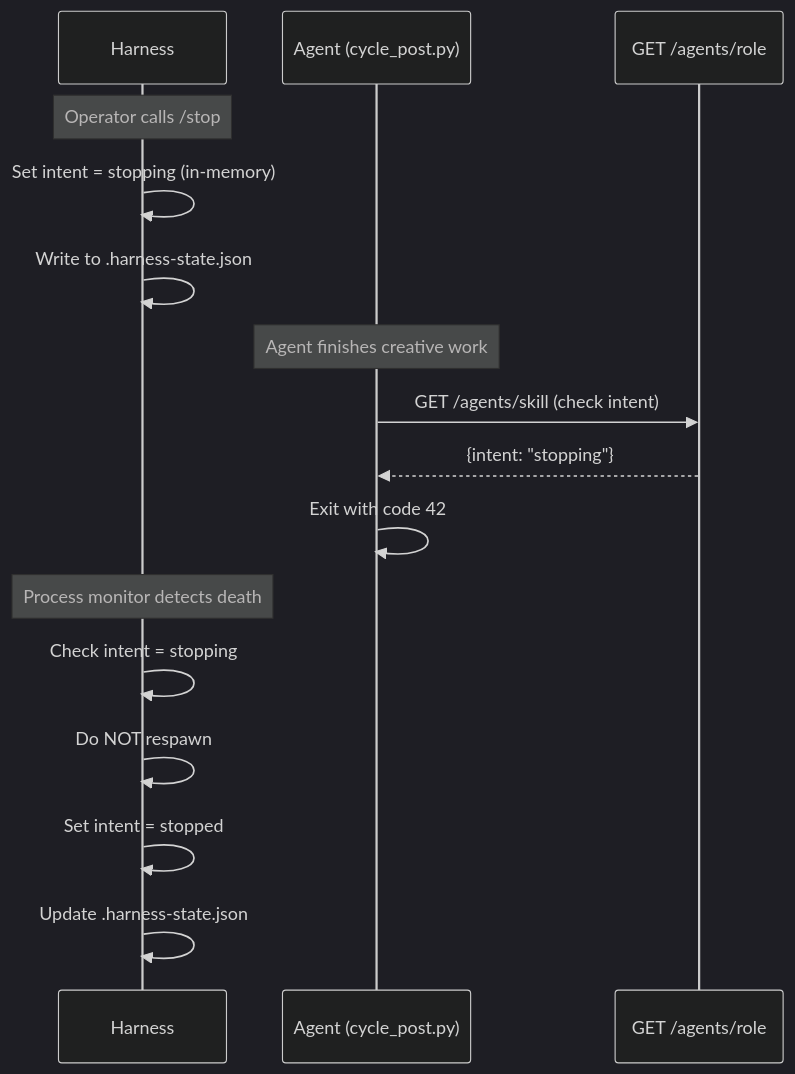
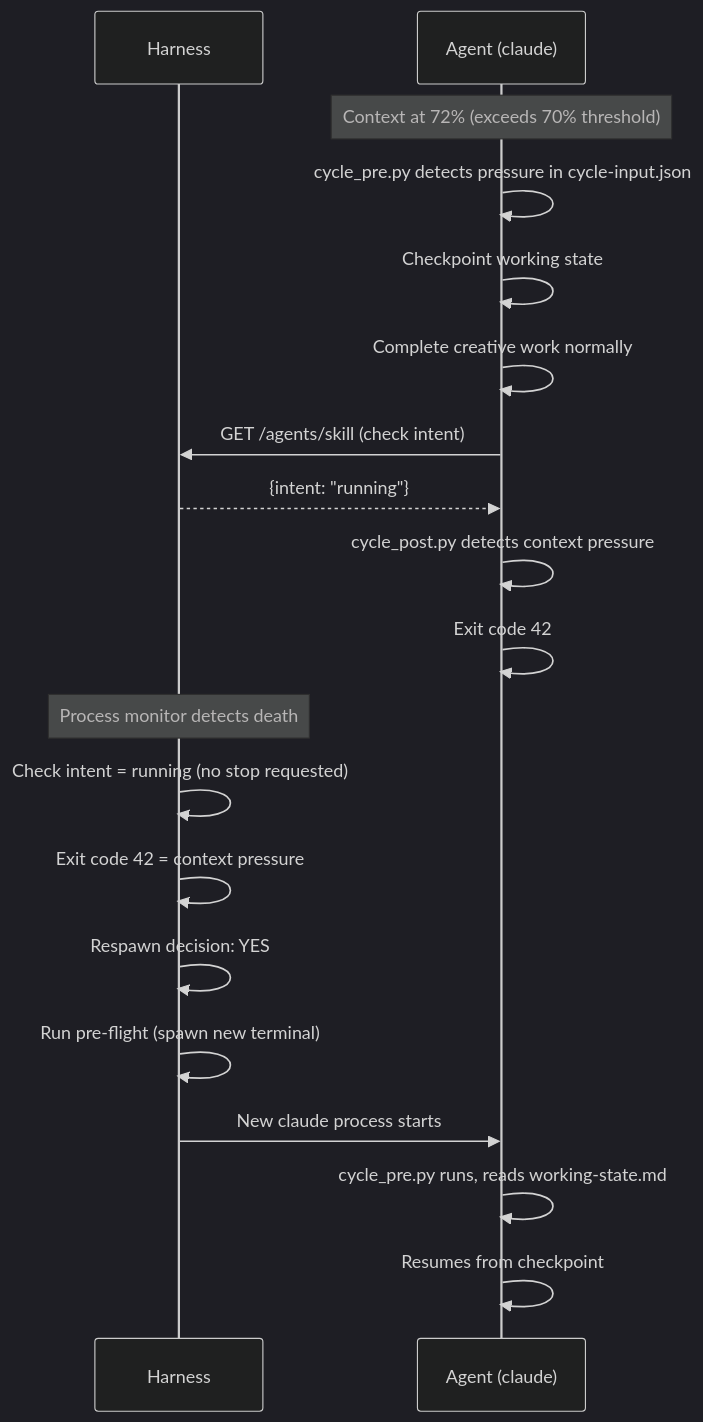
The third of 5 diagrams in .squidsquad/pm/planning/HARNESS-LIFECYCLE-PRD.md (WallyDoodlez/SquidSquad), drawn with Mermaid (dark theme) before and after one commit. The commit also changed other lines of this file, not shown here.

Commit message:
pm: #4966 — replace diagrams with 4 scenario sequences, terminal-agnostic spawn

````diff
--- a/.squidsquad/pm/planning/HARNESS-LIFECYCLE-PRD.md
+++ b/.squidsquad/pm/planning/HARNESS-LIFECYCLE-PRD.md
@@ -129,21 +106,23 @@
 ```mermaid
 sequenceDiagram
     participant H as Harness
-    participant A as Agent (cycle_post.py)
-    participant API as GET /agents/role
+    participant A as Agent (claude)
 
-    Note over H: Operator calls /stop
-    H->>H: Set intent = stopping (in-memory)
-    H->>H: Write to .harness-state.json
-
-    Note over A: Agent finishes creative work
-    A->>API: GET /agents/skill (check intent)
-    API-->>A: {intent: "stopping"}
-    A->>A: Exit with code 42
+    Note over A: Context at 72% (exceeds 70% threshold)
+    A->>A: cycle_pre.py detects pressure in cycle-input.json
+    A->>A: Checkpoint working state
+    A->>A: Complete creative work normally
+    A->>H: GET /agents/skill (check intent)
+    H-->>A: {intent: "running"}
+    A->>A: cycle_post.py detects context pressure
+    A->>A: Exit code 42
 
     Note over H: Process monitor detects death
-    H->>H: Check intent = stopping
-    H->>H: Do NOT respawn
-    H->>H: Set intent = stopped
-    H->>H: Update .harness-state.json
+    H->>H: Check intent = running (no stop requested)
+    H->>H: Exit code 42 = context pressure
+    H->>H: Respawn decision: YES
+    H->>H: Run pre-flight (spawn new terminal)
+    H->>A: New claude process starts
+    A->>A: cycle_pre.py runs, reads working-state.md
+    A->>A: Resumes from checkpoint
 ```
````
